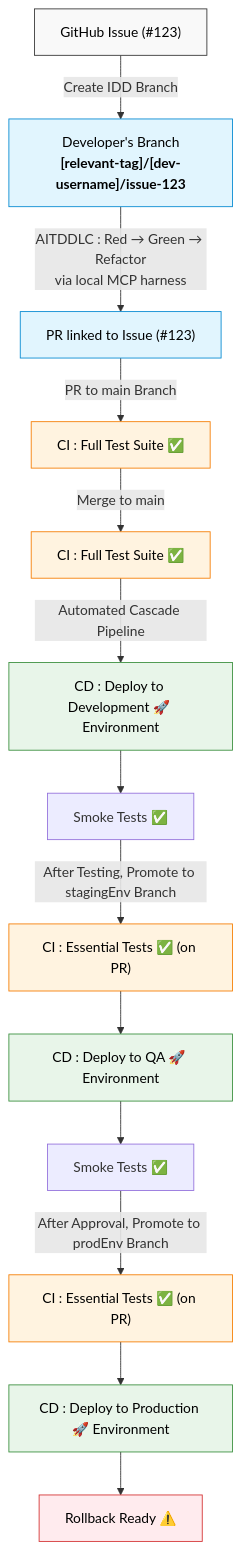
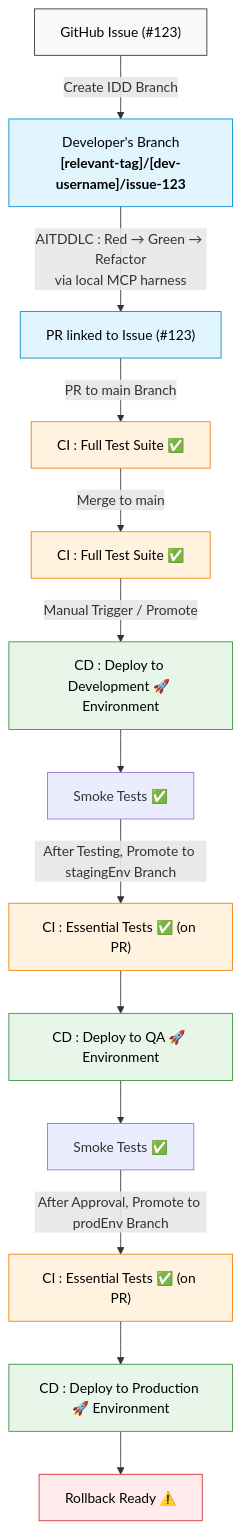
Before and after one commit to corebit-bd/pend-boilerplate: the diagram in documentation/00_ci-cd/README.md, drawn with Mermaid. The commit also changed other lines of this file and 6 other files, not shown here.

Commit message:
cicd : Removed Automated Branch Cascade Workflow & Updated Documentation accordingly

````diff
--- a/documentation/00_ci-cd/README.md
+++ b/documentation/00_ci-cd/README.md
@@ -77,33 +77,33 @@
 ```mermaid
 graph TD
     %% Nodes & Flow
     A["GitHub Issue (#123)"] -->|Create IDD Branch| B["Developer's Branch<br/><b>[relevant-tag]/[dev-username]/issue-123</b>"]
     B -->|AITDDLC : Red → Green → Refactor<br/>via local MCP harness| C["PR linked to Issue (#123)"]
     
     C -->|PR to main Branch| D["CI : Full Test Suite ✅"]
     D -->|Merge to main| E["CI : Full Test Suite ✅"]
     
-    E -->|Automated Cascade Pipeline| F["CD : Deploy to Development 🚀 Environment"]
+    E -->|Manual Trigger / Promote| F["CD : Deploy to Development 🚀 Environment"]
     F --> G["Smoke Tests ✅"]
     
     G -->|After Testing, Promote to stagingEnv Branch| H["CI : Essential Tests ✅ (on PR)"]
     H --> I["CD : Deploy to QA 🚀 Environment"]
     I --> J["Smoke Tests ✅"]
     
     J -->|After Approval, Promote to prodEnv Branch| K["CI : Essential Tests ✅ (on PR)"]
     K --> L["CD : Deploy to Production 🚀 Environment"]
     L --> M["Rollback Ready ⚠️"]
 
     %% Styling with explicit black text
     classDef issue fill:#f9f9f9,stroke:#333,stroke-width:1px,color:#000000;
     classDef dev fill:#e1f5fe,stroke:#0288d1,stroke-width:1px,color:#000000;
     classDef ci fill:#fff3e0,stroke:#f57c00,stroke-width:1px,color:#000000;
     classDef cd fill:#e8f5e9,stroke:#388e3c,stroke-width:1px,color:#000000;
     classDef alert fill:#ffebee,stroke:#d32f2f,stroke-width:1px,color:#000000;
 
     class A issue;
     class B,C dev;
     class D,E,H,K ci;
     class F,I,L cd;
     class M alert;
 ```
````
